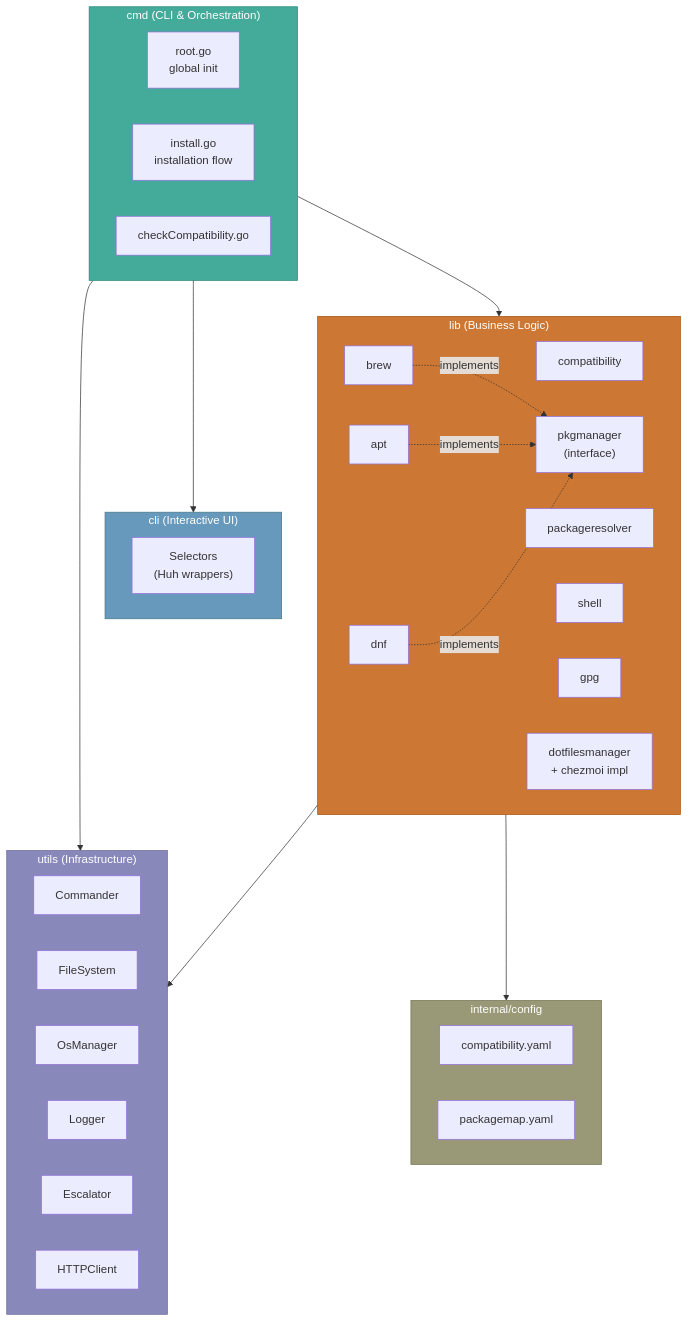
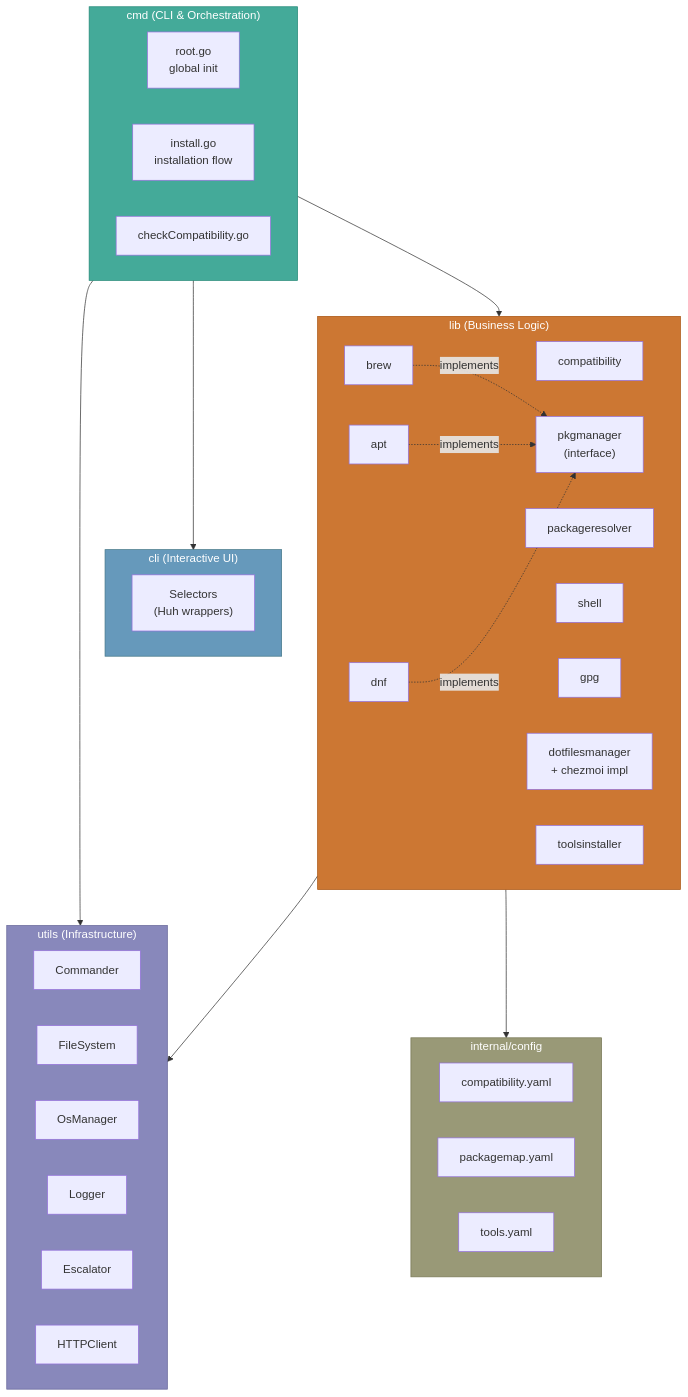
The diagram in docs/architecture-installer.md (MrPointer/dotfiles), drawn with Mermaid before and after one commit. The commit also changed other lines of this file and 44 other files, not shown here.

````diff
--- a/docs/architecture-installer.md
+++ b/docs/architecture-installer.md
@@ -115,54 +117,56 @@
 ```mermaid
 flowchart TD
     subgraph cmd ["cmd (CLI & Orchestration)"]
         root["root.go\nglobal init"]
         install["install.go\ninstallation flow"]
         checkCompat["checkCompatibility.go"]
     end
 
     subgraph cli ["cli (Interactive UI)"]
         selector["Selectors\n(Huh wrappers)"]
     end
 
     subgraph lib ["lib (Business Logic)"]
         compat["compatibility"]
         pkgmgr["pkgmanager\n(interface)"]
         brew["brew"]
         apt_pkg["apt"]
         dnf_pkg["dnf"]
         resolver["packageresolver"]
         shell_pkg["shell"]
         gpg_pkg["gpg"]
         dotfiles["dotfilesmanager\n+ chezmoi impl"]
+        toolsinst["toolsinstaller"]
 
         brew -.->|implements| pkgmgr
         apt_pkg -.->|implements| pkgmgr
         dnf_pkg -.->|implements| pkgmgr
     end
 
     subgraph utils ["utils (Infrastructure)"]
         commander["Commander"]
         filesystem["FileSystem"]
         osmanager["OsManager"]
         logger_pkg["Logger"]
         privilege["Escalator"]
         httpclient["HTTPClient"]
     end
 
     subgraph internal ["internal/config"]
         compat_yaml["compatibility.yaml"]
         pkgmap_yaml["packagemap.yaml"]
+        tools_yaml["tools.yaml"]
     end
 
     cmd --> cli
     cmd --> lib
     cmd --> utils
     lib --> utils
     lib --> internal
 
     style cmd fill:#4a9,stroke:#287,color:#fff
     style cli fill:#69b,stroke:#478,color:#fff
     style lib fill:#c73,stroke:#a51,color:#fff
     style utils fill:#88b,stroke:#669,color:#fff
     style internal fill:#997,stroke:#775,color:#fff
 ```
````
